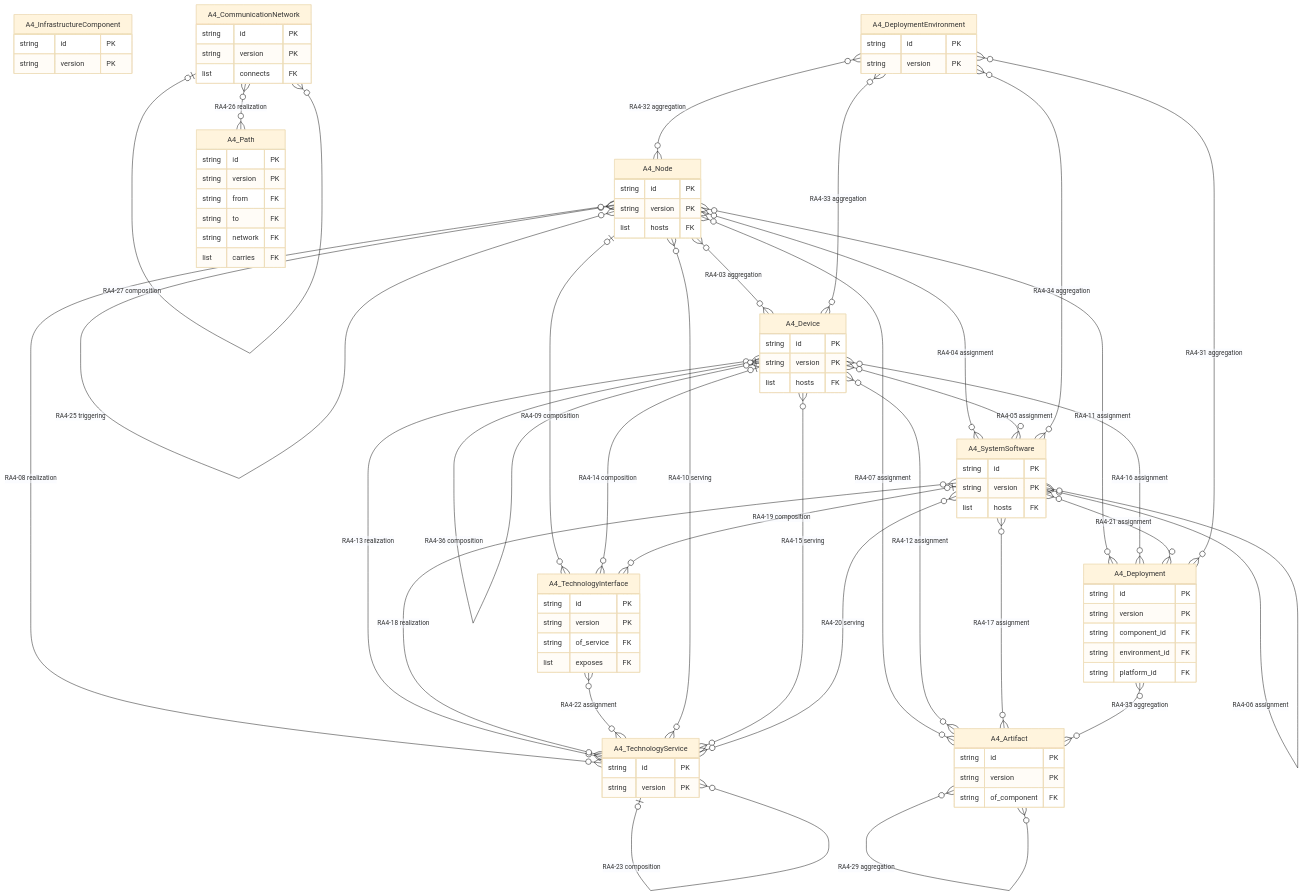
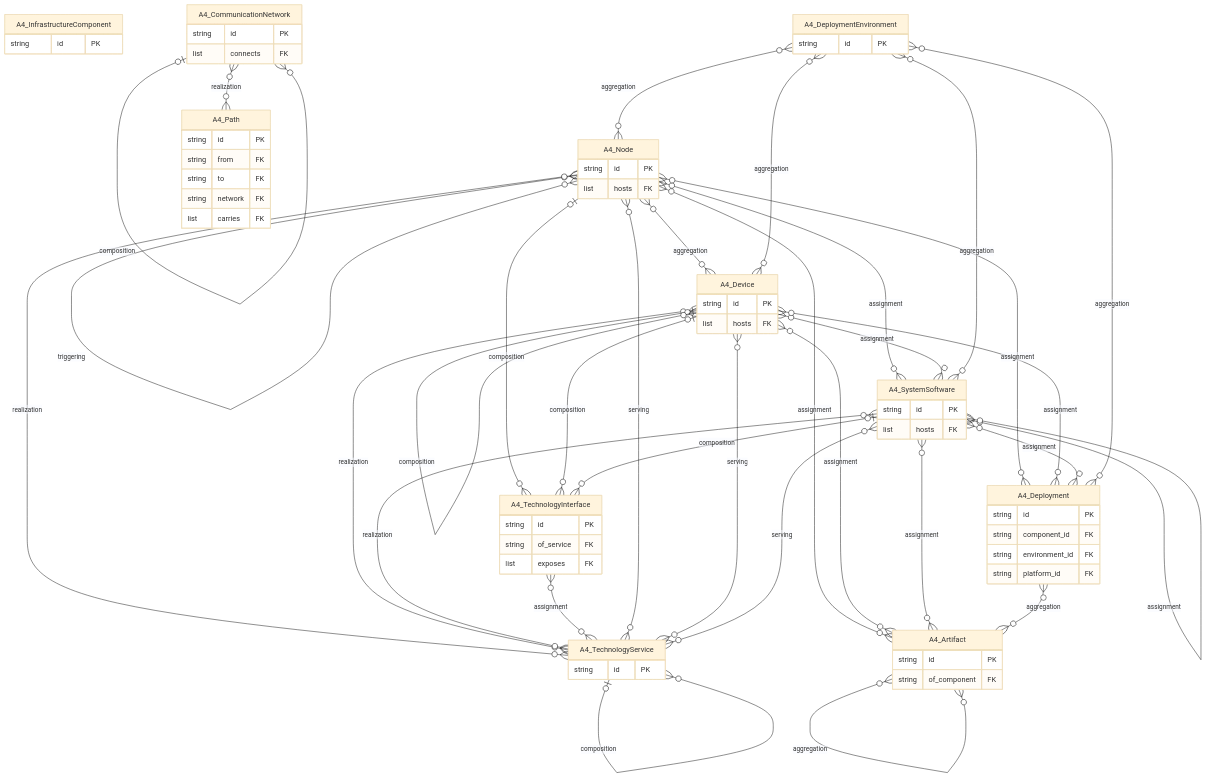
Before and after one commit to taumoeps/bian-sdem-framework: the fourth of 4 diagrams in docs/logical-data-model.md, drawn with Mermaid (base theme). The commit also changed other lines of this file and 2 other files, not shown here.

Commit message:
docs/logical-data-model.md restructured as a data model: one section per architecture, one card per entity (what it is, identified by, fields, links with counts), diagram per architecture; rules, conformance and decision bases moved to appendices

````diff
--- a/docs/logical-data-model.md
+++ b/docs/logical-data-model.md
@@ -552,52 +1049,42 @@
 erDiagram
     A4_InfrastructureComponent {
         string id PK
-        string version PK
     }
     A4_Deployment {
         string id PK
-        string version PK
         string component_id FK
         string environment_id FK
         string platform_id FK
     }
     A4_DeploymentEnvironment {
         string id PK
-        string version PK
     }
     A4_Node {
         string id PK
-        string version PK
         list hosts FK
     }
     A4_Device {
         string id PK
-        string version PK
         list hosts FK
     }
     A4_SystemSoftware {
         string id PK
-        string version PK
         list hosts FK
     }
     A4_TechnologyService {
         string id PK
-        string version PK
     }
     A4_TechnologyInterface {
         string id PK
-        string version PK
         string of_service FK
         list exposes FK
     }
     A4_CommunicationNetwork {
         string id PK
-        string version PK
         list connects FK
     }
     A4_Path {
         string id PK
-        string version PK
         string from FK
         string to FK
         string network FK
@@ -605,43 +1092,42 @@
     }
     A4_Artifact {
         string id PK
-        string version PK
         string of_component FK
     }
-    A4_Node |o--o{ A4_Node : "RA4-01 composition"
-    A4_Node }o--o{ A4_Node : "RA4-02 aggregation"
-    A4_Node }o--o{ A4_Device : "RA4-03 aggregation"
-    A4_Node }o--o{ A4_SystemSoftware : "RA4-04 assignment"
-    A4_Device }o--o{ A4_SystemSoftware : "RA4-05 assignment"
-    A4_SystemSoftware }o--o{ A4_SystemSoftware : "RA4-06 assignment"
-    A4_Node }o--o{ A4_Artifact : "RA4-07 assignment"
-    A4_Node }o--o{ A4_TechnologyService : "RA4-08 realization"
-    A4_Node |o--o{ A4_TechnologyInterface : "RA4-09 composition"
-    A4_TechnologyService }o--o{ A4_Node : "RA4-10 serving"
-    A4_Node }o--o{ A4_Deployment : "RA4-11 assignment"
-    A4_Device }o--o{ A4_Artifact : "RA4-12 assignment"
-    A4_Device }o--o{ A4_TechnologyService : "RA4-13 realization"
-    A4_Device |o--o{ A4_TechnologyInterface : "RA4-14 composition"
-    A4_TechnologyService }o--o{ A4_Device : "RA4-15 serving"
-    A4_Device }o--o{ A4_Deployment : "RA4-16 assignment"
-    A4_SystemSoftware }o--o{ A4_Artifact : "RA4-17 assignment"
-    A4_SystemSoftware }o--o{ A4_TechnologyService : "RA4-18 realization"
-    A4_SystemSoftware |o--o{ A4_TechnologyInterface : "RA4-19 composition"
-    A4_TechnologyService }o--o{ A4_SystemSoftware : "RA4-20 serving"
-    A4_SystemSoftware }o--o{ A4_Deployment : "RA4-21 assignment"
-    A4_TechnologyInterface }o--o{ A4_TechnologyService : "RA4-22 assignment"
-    A4_TechnologyService |o--o{ A4_TechnologyService : "RA4-23 composition"
-    A4_Node }o--o{ A4_Node : "RA4-24 flow"
-    A4_Node }o--o{ A4_Node : "RA4-25 triggering"
-    A4_CommunicationNetwork }o--o{ A4_Path : "RA4-26 realization"
-    A4_CommunicationNetwork |o--o{ A4_CommunicationNetwork : "RA4-27 composition"
-    A4_Artifact |o--o{ A4_Artifact : "RA4-28 composition"
-    A4_Artifact }o--o{ A4_Artifact : "RA4-29 aggregation"
-    A4_Device }o--o{ A4_Device : "RA4-30 aggregation"
-    A4_DeploymentEnvironment }o--o{ A4_Deployment : "RA4-31 aggregation"
-    A4_DeploymentEnvironment }o--o{ A4_Node : "RA4-32 aggregation"
-    A4_DeploymentEnvironment }o--o{ A4_Device : "RA4-33 aggregation"
-    A4_DeploymentEnvironment }o--o{ A4_SystemSoftware : "RA4-34 aggregation"
-    A4_Deployment }o--o{ A4_Artifact : "RA4-35 aggregation"
-    A4_Device |o--o{ A4_Device : "RA4-36 composition"
+    A4_Node |o--o{ A4_Node : "composition"
+    A4_Node }o--o{ A4_Node : "aggregation"
+    A4_Node }o--o{ A4_Device : "aggregation"
+    A4_Node }o--o{ A4_SystemSoftware : "assignment"
+    A4_Device }o--o{ A4_SystemSoftware : "assignment"
+    A4_SystemSoftware }o--o{ A4_SystemSoftware : "assignment"
+    A4_Node }o--o{ A4_Artifact : "assignment"
+    A4_Node }o--o{ A4_TechnologyService : "realization"
+    A4_Node |o--o{ A4_TechnologyInterface : "composition"
+    A4_TechnologyService }o--o{ A4_Node : "serving"
+    A4_Node }o--o{ A4_Deployment : "assignment"
+    A4_Device }o--o{ A4_Artifact : "assignment"
+    A4_Device }o--o{ A4_TechnologyService : "realization"
+    A4_Device |o--o{ A4_TechnologyInterface : "composition"
+    A4_TechnologyService }o--o{ A4_Device : "serving"
+    A4_Device }o--o{ A4_Deployment : "assignment"
+    A4_SystemSoftware }o--o{ A4_Artifact : "assignment"
+    A4_SystemSoftware }o--o{ A4_TechnologyService : "realization"
+    A4_SystemSoftware |o--o{ A4_TechnologyInterface : "composition"
+    A4_TechnologyService }o--o{ A4_SystemSoftware : "serving"
+    A4_SystemSoftware }o--o{ A4_Deployment : "assignment"
+    A4_TechnologyInterface }o--o{ A4_TechnologyService : "assignment"
+    A4_TechnologyService |o--o{ A4_TechnologyService : "composition"
+    A4_Node }o--o{ A4_Node : "flow"
+    A4_Node }o--o{ A4_Node : "triggering"
+    A4_CommunicationNetwork }o--o{ A4_Path : "realization"
+    A4_CommunicationNetwork |o--o{ A4_CommunicationNetwork : "composition"
+    A4_Artifact |o--o{ A4_Artifact : "composition"
+    A4_Artifact }o--o{ A4_Artifact : "aggregation"
+    A4_Device }o--o{ A4_Device : "aggregation"
+    A4_DeploymentEnvironment }o--o{ A4_Deployment : "aggregation"
+    A4_DeploymentEnvironment }o--o{ A4_Node : "aggregation"
+    A4_DeploymentEnvironment }o--o{ A4_Device : "aggregation"
+    A4_DeploymentEnvironment }o--o{ A4_SystemSoftware : "aggregation"
+    A4_Deployment }o--o{ A4_Artifact : "aggregation"
+    A4_Device |o--o{ A4_Device : "composition"
 ```
````
